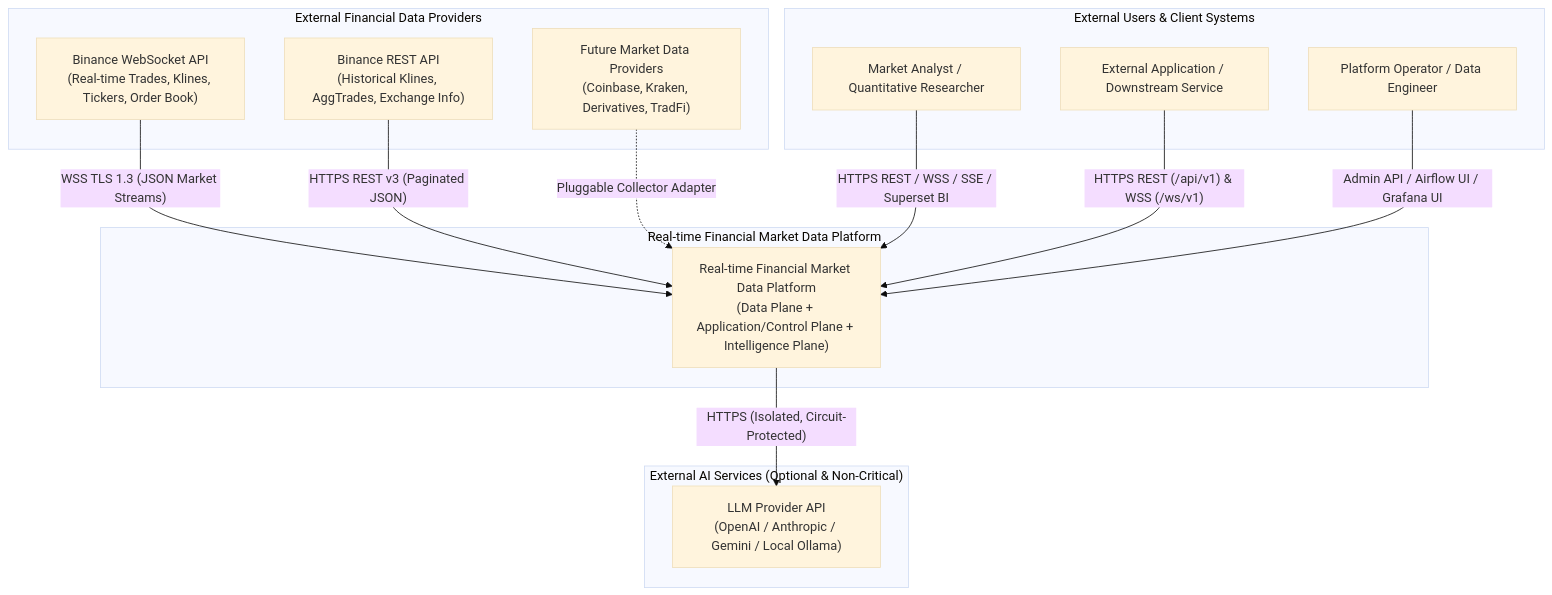
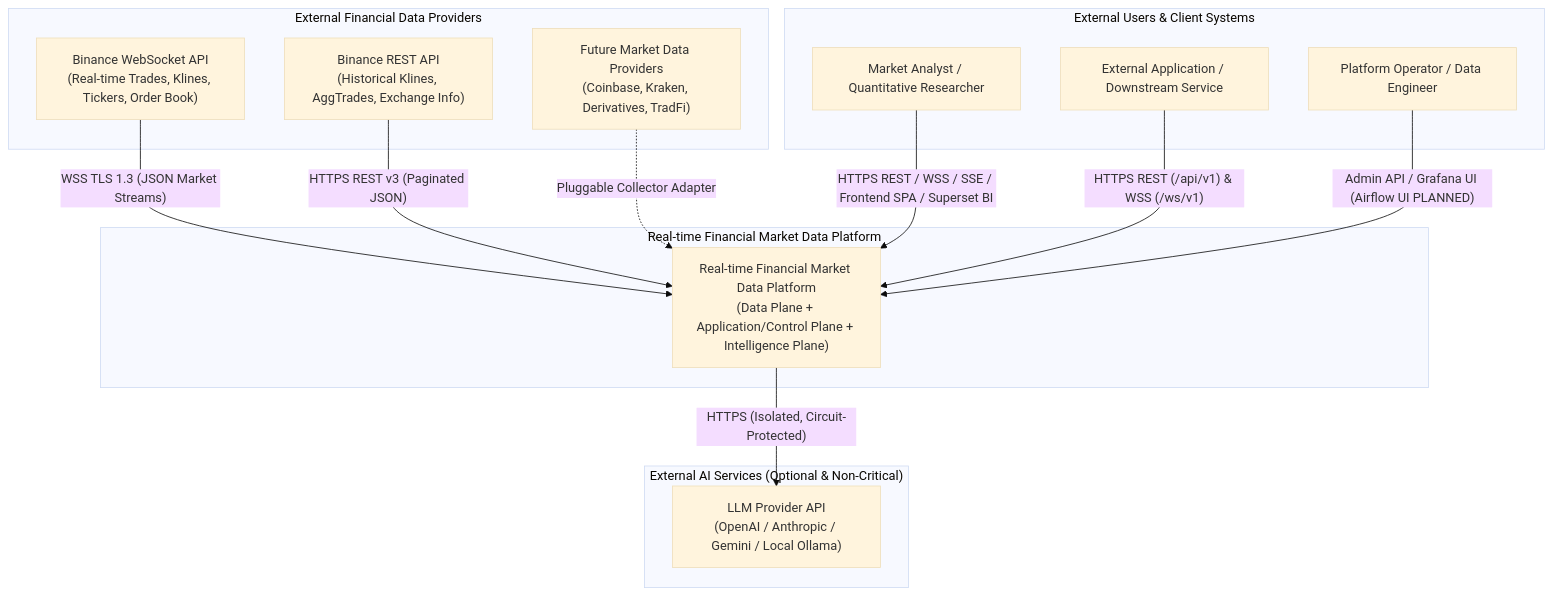
The diagram in docs/architecture/01-system-context.md (DungTran1201/FinancialMarketDataPlatform), drawn with Mermaid (base theme) before and after one commit. The commit also changed other lines of this file and 141 other files, not shown here.

Commit message:
docs: add comprehensive architecture documentation, data models, and agent definitions

````diff
--- a/docs/architecture/01-system-context.md
+++ b/docs/architecture/01-system-context.md
@@ -9,32 +9,32 @@
 ```mermaid
 flowchart TB
     subgraph Actors["External Users & Client Systems"]
         Trader["Market Analyst / Quantitative Researcher"]
         ClientApp["External Application / Downstream Service"]
         Operator["Platform Operator / Data Engineer"]
     end
 
     subgraph Providers["External Financial Data Providers"]
         BinanceWS["Binance WebSocket API<br/>(Real-time Trades, Klines, Tickers, Order Book)"]
         BinanceREST["Binance REST API<br/>(Historical Klines, AggTrades, Exchange Info)"]
         FutureProvider["Future Market Data Providers<br/>(Coinbase, Kraken, Derivatives, TradFi)"]
     end
 
     subgraph ExternalAI["External AI Services (Optional & Non-Critical)"]
         LLMAPI["LLM Provider API<br/>(OpenAI / Anthropic / Gemini / Local Ollama)"]
     end
 
     subgraph SystemBoundary["Real-time Financial Market Data Platform"]
         Platform["Real-time Financial Market Data Platform<br/>(Data Plane + Application/Control Plane + Intelligence Plane)"]
     end
 
     BinanceWS -->|"WSS TLS 1.3 (JSON Market Streams)"| Platform
     BinanceREST -->|"HTTPS REST v3 (Paginated JSON)"| Platform
     FutureProvider -.->|"Pluggable Collector Adapter"| Platform
 
     Platform -->|"HTTPS (Isolated, Circuit-Protected)"| LLMAPI
 
-    Trader -->|"HTTPS REST / WSS / SSE / Superset BI"| Platform
+    Trader -->|"HTTPS REST / WSS / SSE / Frontend SPA / Superset BI"| Platform
     ClientApp -->|"HTTPS REST (/api/v1) & WSS (/ws/v1)"| Platform
-    Operator -->|"Admin API / Airflow UI / Grafana UI"| Platform
+    Operator -->|"Admin API / Grafana UI (Airflow UI PLANNED)"| Platform
 ```
````
